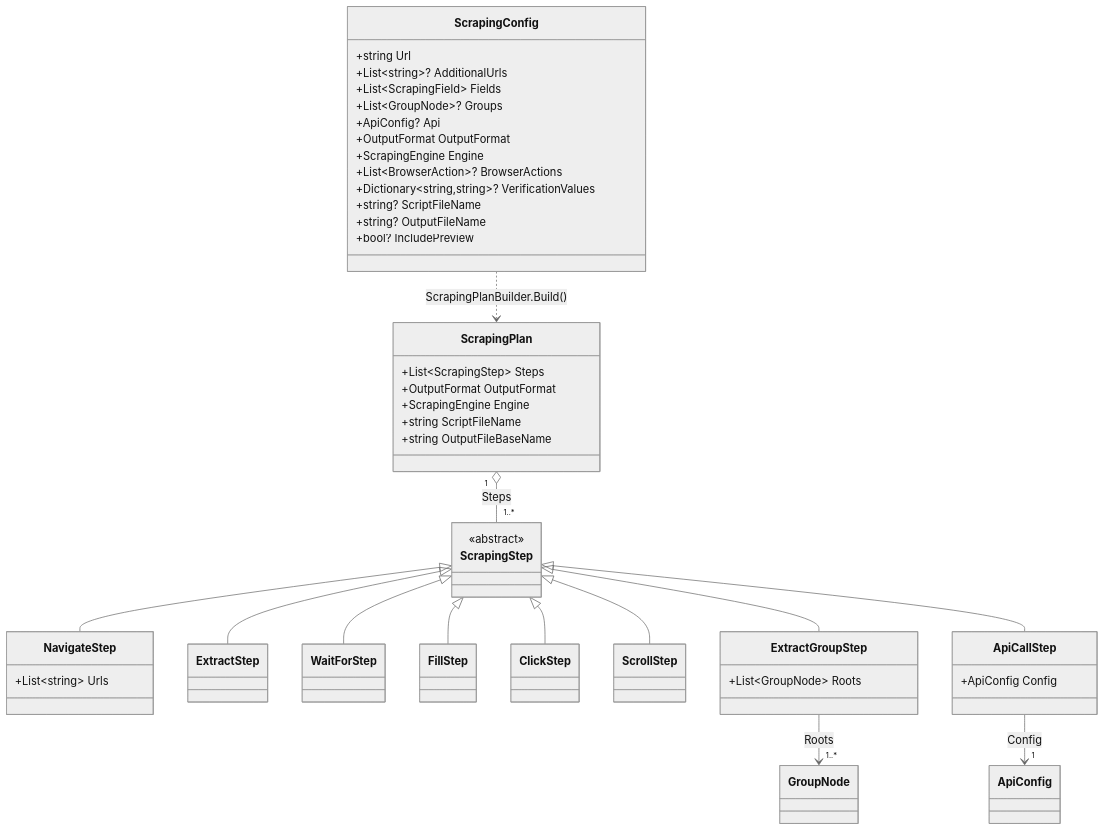
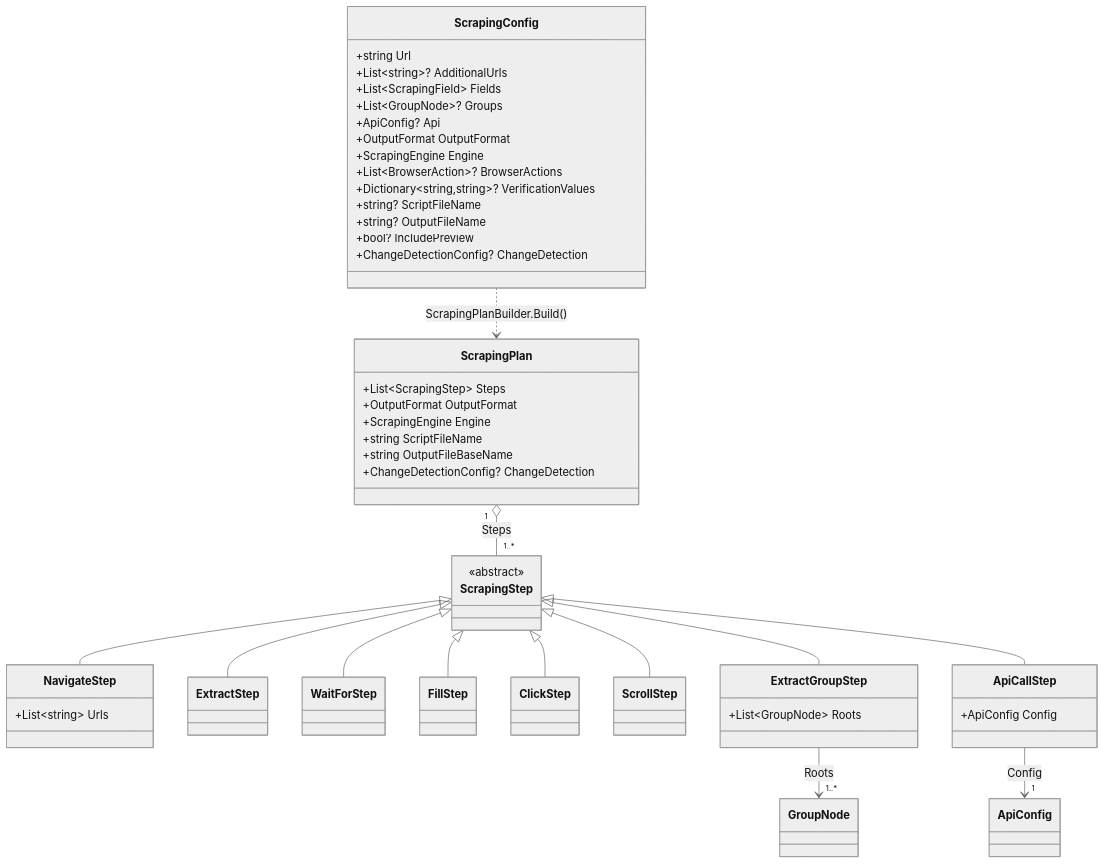
The fourth of 7 diagrams in docs/ARCHITECTURE.md (Aventinis/Scraping-Factory), drawn with Mermaid (neutral theme) before and after one commit. The commit also changed other lines of this file and 1 other file, not shown here.

First line of the commit message:
docs(change-detection): document Issue #87 across CLAUDE.md/ARCHITECTURE.md

````diff
--- a/docs/ARCHITECTURE.md
+++ b/docs/ARCHITECTURE.md
@@ -594,47 +643,49 @@
 ```mermaid
 classDiagram
     class ScrapingConfig {
         +string Url
         +List~string~? AdditionalUrls
         +List~ScrapingField~ Fields
         +List~GroupNode~? Groups
         +ApiConfig? Api
         +OutputFormat OutputFormat
         +ScrapingEngine Engine
         +List~BrowserAction~? BrowserActions
         +Dictionary~string,string~? VerificationValues
         +string? ScriptFileName
         +string? OutputFileName
         +bool? IncludePreview
+        +ChangeDetectionConfig? ChangeDetection
     }
     class ScrapingPlan {
         +List~ScrapingStep~ Steps
         +OutputFormat OutputFormat
         +ScrapingEngine Engine
         +string ScriptFileName
         +string OutputFileBaseName
+        +ChangeDetectionConfig? ChangeDetection
     }
     class ScrapingStep { <<abstract>> }
     class NavigateStep { +List~string~ Urls }
     class ExtractStep
     class WaitForStep
     class FillStep
     class ClickStep
     class ScrollStep
     class ExtractGroupStep { +List~GroupNode~ Roots }
     class ApiCallStep { +ApiConfig Config }
 
     ScrapingStep <|-- NavigateStep
     ScrapingStep <|-- ExtractStep
     ScrapingStep <|-- WaitForStep
     ScrapingStep <|-- FillStep
     ScrapingStep <|-- ClickStep
     ScrapingStep <|-- ScrollStep
     ScrapingStep <|-- ExtractGroupStep
     ScrapingStep <|-- ApiCallStep
 
     ScrapingConfig ..> ScrapingPlan : ScrapingPlanBuilder.Build()
     ScrapingPlan "1" o-- "1..*" ScrapingStep : Steps
     ExtractGroupStep --> "1..*" GroupNode : Roots
     ApiCallStep --> "1" ApiConfig : Config
 ```
````
